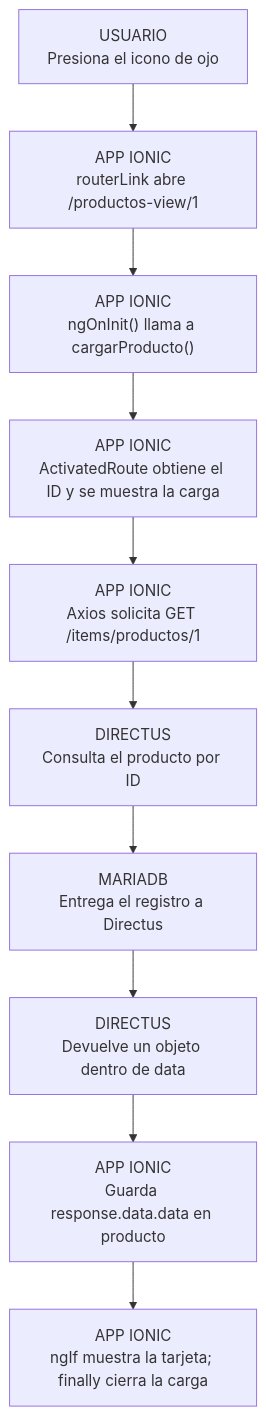
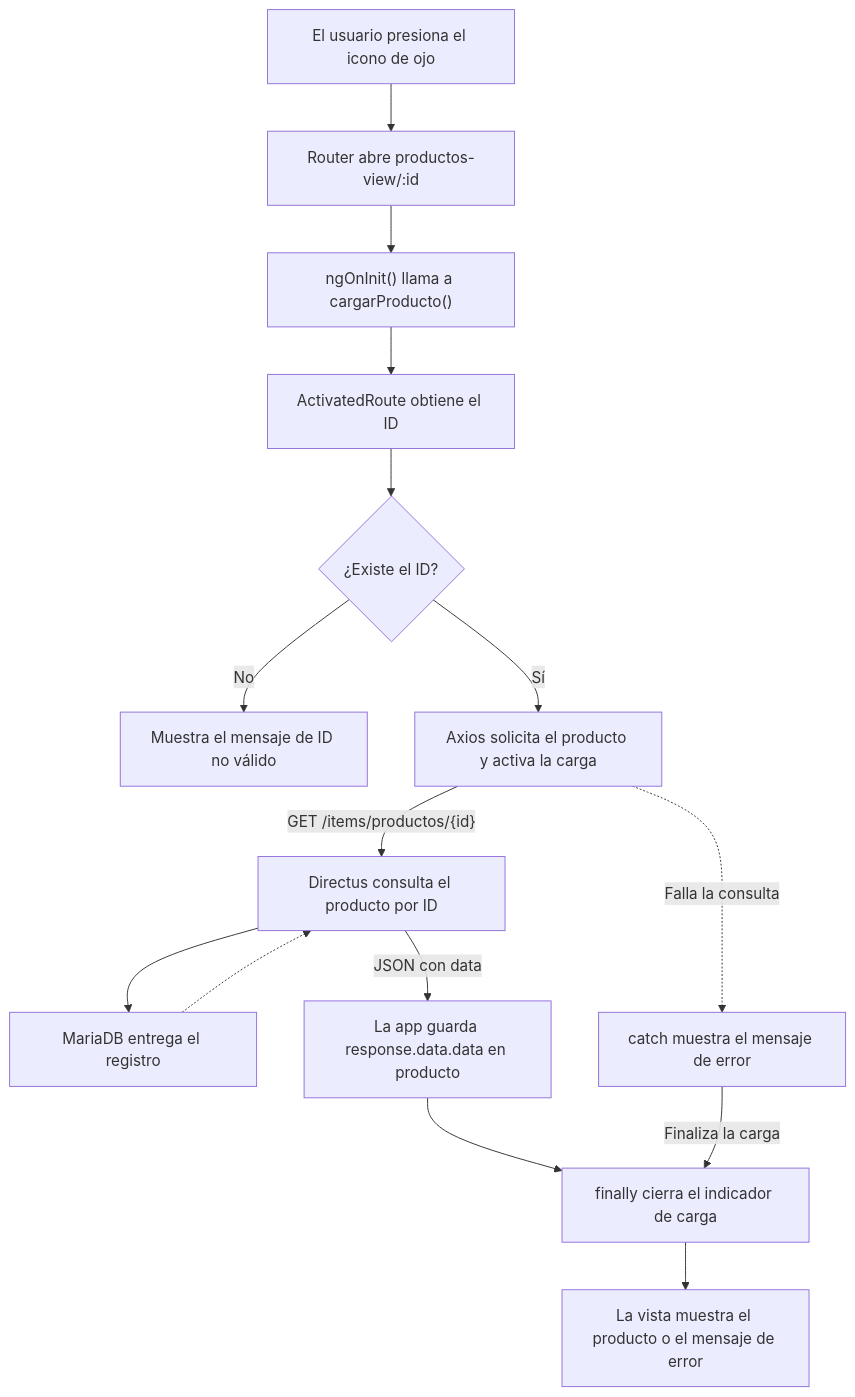
One commit to JonathanDeLaCruz/docker_moviles changed the diagram in docs/manuales/recursos/flujos/02-detalle.mmd. Above: the diagram before and after it, drawn with Mermaid. The commit also changed 97 other files, not shown here.

Commit message:
Restaura diagramas con ramas y flujo descendente en los manuales

```diff
--- a/docs/manuales/recursos/flujos/02-detalle.mmd
+++ b/docs/manuales/recursos/flujos/02-detalle.mmd
@@ -1,20 +1,28 @@
 flowchart TD
-  N0["USUARIO<br/>Presiona el icono de ojo"]
-  N1["APP IONIC<br/>routerLink abre /productos-view/1"]
-  N2["APP IONIC<br/>ngOnInit() llama a cargarProducto()"]
-  N3["APP IONIC<br/>ActivatedRoute obtiene el ID y se muestra la carga"]
-  N4["APP IONIC<br/>Axios solicita GET /items/productos/1"]
-  N5["DIRECTUS<br/>Consulta el producto por ID"]
-  N6["MARIADB<br/>Entrega el registro a Directus"]
-  N7["DIRECTUS<br/>Devuelve un objeto dentro de data"]
-  N8["APP IONIC<br/>Guarda response.data.data en producto"]
-  N9["APP IONIC<br/>ngIf muestra la tarjeta; finally cierra la carga"]
-  N0 --> N1
-  N1 --> N2
-  N2 --> N3
-  N3 --> N4
-  N4 --> N5
-  N5 --> N6
-  N6 --> N7
-  N7 --> N8
-  N8 --> N9
+  A["El usuario presiona el icono de ojo"]
+  B["Router abre productos-view/:id"]
+  C["ngOnInit() llama a cargarProducto()"]
+  ID["ActivatedRoute obtiene el ID"]
+  V{"¿Existe el ID?"}
+  NO["Muestra el mensaje de ID no válido"]
+  GET["Axios solicita el producto y activa la carga"]
+  API["Directus consulta el producto por ID"]
+  DB["MariaDB entrega el registro"]
+  R["La app guarda response.data.data en producto"]
+  FIN["finally cierra el indicador de carga"]
+  OK["La vista muestra el producto o el mensaje de error"]
+  ERR["catch muestra el mensaje de error"]
+  A --> B
+  B --> C
+  C --> ID
+  ID --> V
+  V -->|"No"| NO
+  V -->|"Sí"| GET
+  GET -->|"GET /items/productos/{id}"| API
+  API --> DB
+  DB -.-> API
+  API -->|"JSON con data"| R
+  GET -.->|"Falla la consulta"| ERR
+  R --> FIN
+  FIN --> OK
+  ERR -->|"Finaliza la carga"| FIN
```
